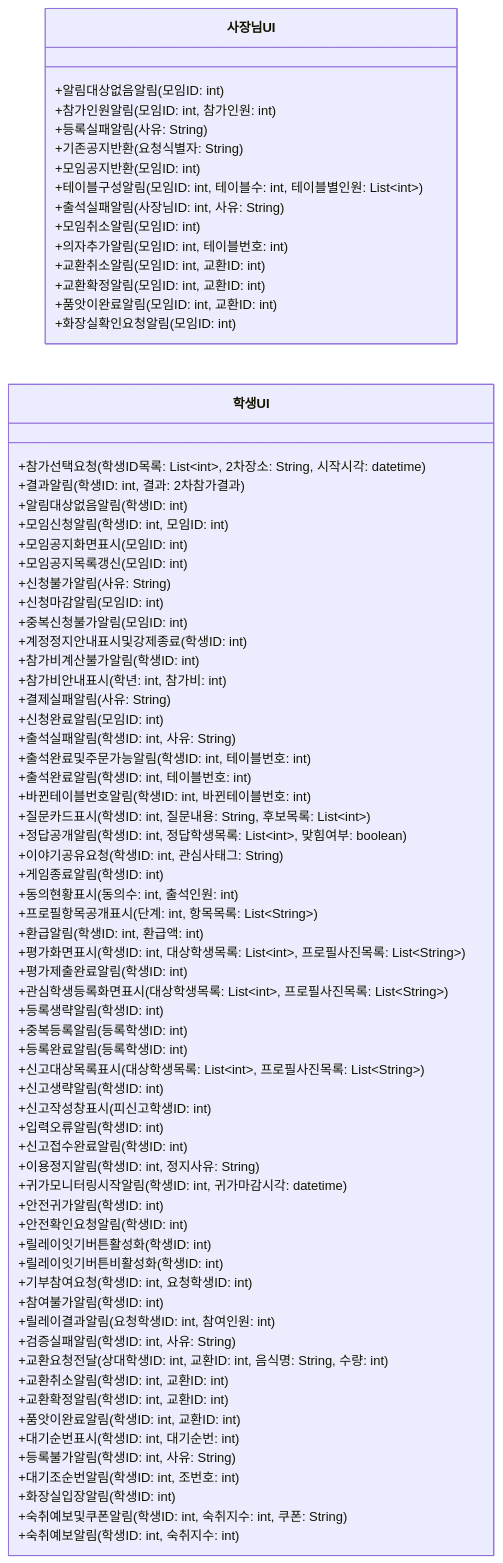
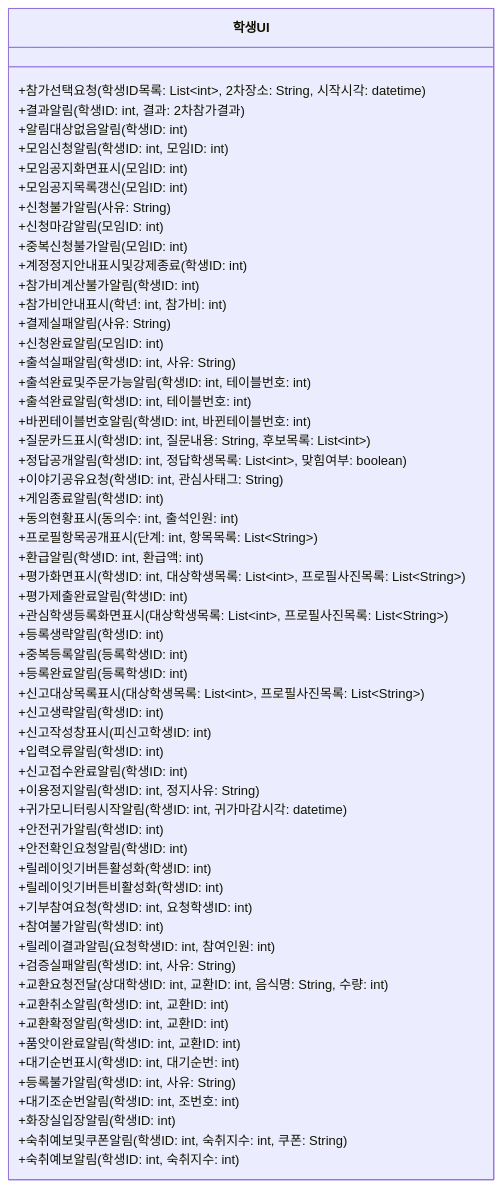
One commit to hojae3/sw-engineering-16 changed diagram 12 of 13 in class-diagram/class-diagram.md. Above: the diagram before and after it, drawn with Mermaid. The commit also changed other lines of this file and 1 other file, not shown here.

First line of the commit message:
[class] 통합 클래스 다이어그램을 PPT 구성에 맞춰 영역별 그림으로 변경

````diff
--- a/class-diagram/class-diagram.md
+++ b/class-diagram/class-diagram.md
@@ -837,77 +849,62 @@
 ```mermaid
 classDiagram
     direction LR
-    class OwnerUI["사장님UI"] {
-        +알림대상없음알림(모임ID: int)
-        +참가인원알림(모임ID: int, 참가인원: int)
-        +등록실패알림(사유: String)
-        +기존공지반환(요청식별자: String)
-        +모임공지반환(모임ID: int)
-        +테이블구성알림(모임ID: int, 테이블수: int, 테이블별인원: List~int~)
-        +출석실패알림(사장님ID: int, 사유: String)
-        +모임취소알림(모임ID: int)
-        +의자추가알림(모임ID: int, 테이블번호: int)
-        +교환취소알림(모임ID: int, 교환ID: int)
-        +교환확정알림(모임ID: int, 교환ID: int)
-        +품앗이완료알림(모임ID: int, 교환ID: int)
-        +화장실확인요청알림(모임ID: int)
-    }
     class StudentUI["학생UI"] {
         +참가선택요청(학생ID목록: List~int~, 2차장소: String, 시작시각: datetime)
         +결과알림(학생ID: int, 결과: 2차참가결과)
         +알림대상없음알림(학생ID: int)
         +모임신청알림(학생ID: int, 모임ID: int)
         +모임공지화면표시(모임ID: int)
         +모임공지목록갱신(모임ID: int)
         +신청불가알림(사유: String)
         +신청마감알림(모임ID: int)
         +중복신청불가알림(모임ID: int)
         +계정정지안내표시및강제종료(학생ID: int)
         +참가비계산불가알림(학생ID: int)
         +참가비안내표시(학년: int, 참가비: int)
         +결제실패알림(사유: String)
         +신청완료알림(모임ID: int)
         +출석실패알림(학생ID: int, 사유: String)
         +출석완료및주문가능알림(학생ID: int, 테이블번호: int)
         +출석완료알림(학생ID: int, 테이블번호: int)
         +바뀐테이블번호알림(학생ID: int, 바뀐테이블번호: int)
         +질문카드표시(학생ID: int, 질문내용: String, 후보목록: List~int~)
         +정답공개알림(학생ID: int, 정답학생목록: List~int~, 맞힘여부: boolean)
         +이야기공유요청(학생ID: int, 관심사태그: String)
         +게임종료알림(학생ID: int)
         +동의현황표시(동의수: int, 출석인원: int)
         +프로필항목공개표시(단계: int, 항목목록: List~String~)
         +환급알림(학생ID: int, 환급액: int)
         +평가화면표시(학생ID: int, 대상학생목록: List~int~, 프로필사진목록: List~String~)
         +평가제출완료알림(학생ID: int)
         +관심학생등록화면표시(대상학생목록: List~int~, 프로필사진목록: List~String~)
         +등록생략알림(학생ID: int)
         +중복등록알림(등록학생ID: int)
         +등록완료알림(등록학생ID: int)
         +신고대상목록표시(대상학생목록: List~int~, 프로필사진목록: List~String~)
         +신고생략알림(학생ID: int)
         +신고작성창표시(피신고학생ID: int)
         +입력오류알림(학생ID: int)
         +신고접수완료알림(학생ID: int)
         +이용정지알림(학생ID: int, 정지사유: String)
         +귀가모니터링시작알림(학생ID: int, 귀가마감시각: datetime)
         +안전귀가알림(학생ID: int)
         +안전확인요청알림(학생ID: int)
         +릴레이잇기버튼활성화(학생ID: int)
         +릴레이잇기버튼비활성화(학생ID: int)
         +기부참여요청(학생ID: int, 요청학생ID: int)
         +참여불가알림(학생ID: int)
         +릴레이결과알림(요청학생ID: int, 참여인원: int)
         +검증실패알림(학생ID: int, 사유: String)
         +교환요청전달(상대학생ID: int, 교환ID: int, 음식명: String, 수량: int)
         +교환취소알림(학생ID: int, 교환ID: int)
         +교환확정알림(학생ID: int, 교환ID: int)
         +품앗이완료알림(학생ID: int, 교환ID: int)
         +대기순번표시(학생ID: int, 대기순번: int)
         +등록불가알림(학생ID: int, 사유: String)
         +대기조순번알림(학생ID: int, 조번호: int)
         +화장실입장알림(학생ID: int)
         +숙취예보및쿠폰알림(학생ID: int, 숙취지수: int, 쿠폰: String)
         +숙취예보알림(학생ID: int, 숙취지수: int)
     }
 ```
````
